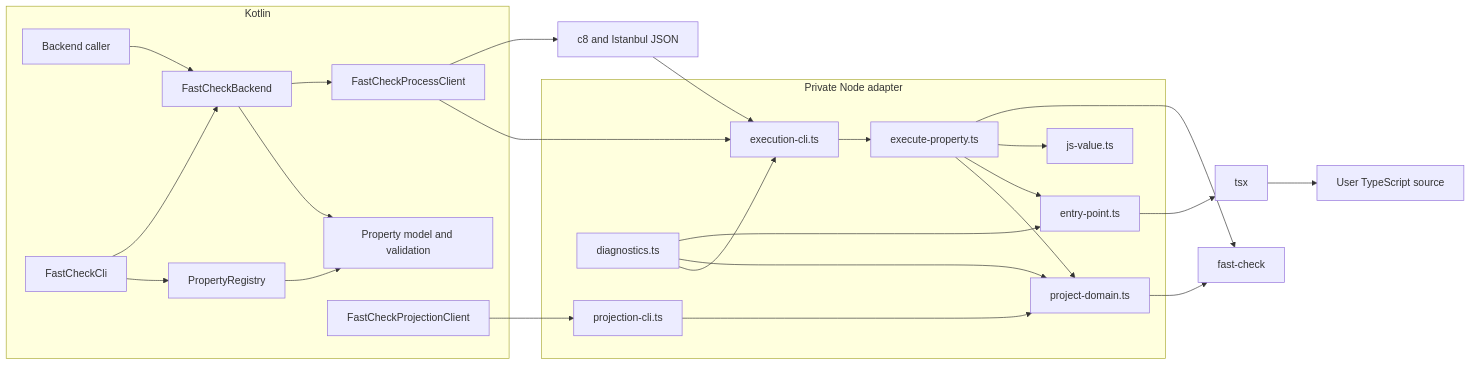
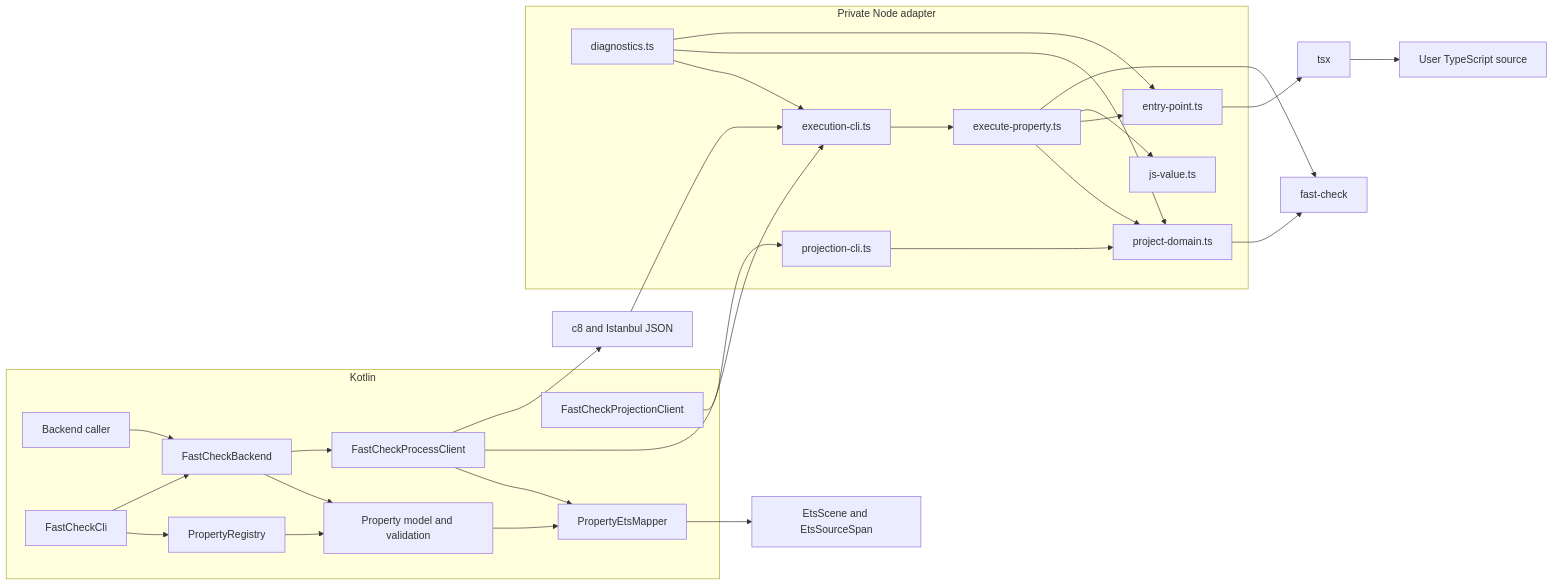
Before and after one commit to UnitTestBot/usvm: the first of 4 diagrams in usvm-ts-pbt/DESIGN.md, drawn with Mermaid. The commit also changed other lines of this file and 26 other files, not shown here.

Commit message:
[TS PBT] Map property coverage to EtsIR

````diff
--- a/usvm-ts-pbt/DESIGN.md
+++ b/usvm-ts-pbt/DESIGN.md
@@ -18,50 +20,55 @@
 ```mermaid
 flowchart LR
     subgraph Kotlin
         Caller[Backend caller]
         CLI[FastCheckCli]
         Registry[PropertyRegistry]
         Model[Property model and validation]
         Backend[FastCheckBackend]
         Process[FastCheckProcessClient]
         Projection[FastCheckProjectionClient]
+        Mapping[PropertyEtsMapper]
     end
 
     subgraph Node_adapter[Private Node adapter]
         ExecutionCLI[execution-cli.ts]
         ProjectionCLI[projection-cli.ts]
         Execute[execute-property.ts]
         Domains[project-domain.ts]
         EntryPoints[entry-point.ts]
         Values[js-value.ts]
         Diagnostics[diagnostics.ts]
     end
 
     FastCheck[fast-check]
     Tsx[tsx]
     C8[c8 and Istanbul JSON]
     UserTS[User TypeScript source]
+    EtsIR[EtsScene and EtsSourceSpan]
 
     CLI --> Registry
     CLI --> Backend
     Caller --> Backend
     Registry --> Model
     Backend --> Model
     Backend --> Process
+    Model --> Mapping
+    Process --> Mapping
+    Mapping --> EtsIR
     Process --> ExecutionCLI
     Process --> C8
     C8 --> ExecutionCLI
     Projection --> ProjectionCLI
     ExecutionCLI --> Execute
     Execute --> Domains
     Execute --> EntryPoints
     Execute --> Values
     ProjectionCLI --> Domains
     Diagnostics --> ExecutionCLI
     Diagnostics --> Domains
     Diagnostics --> EntryPoints
     Domains --> FastCheck
     Execute --> FastCheck
     EntryPoints --> Tsx
     Tsx --> UserTS
 ```
````
